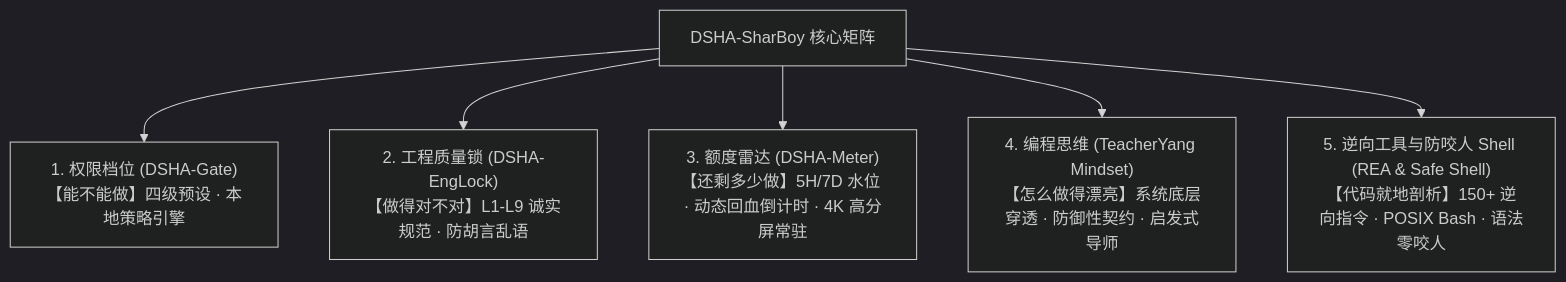
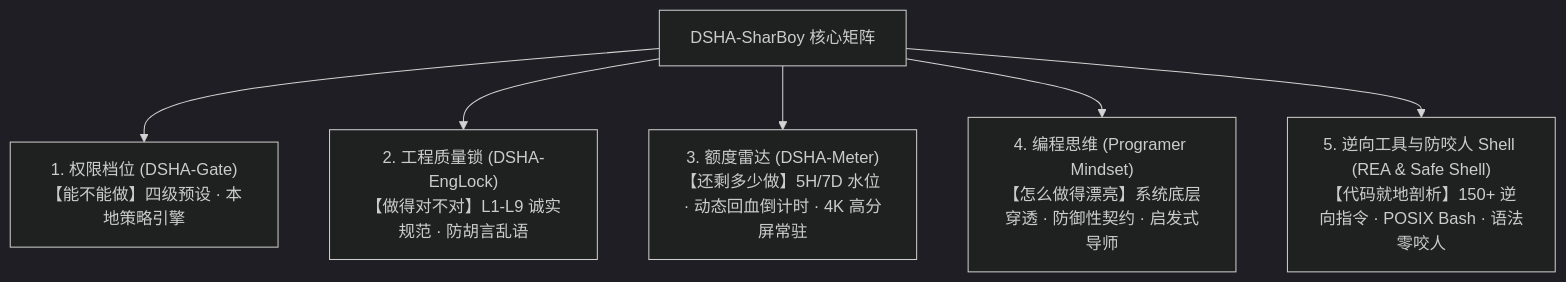
Before and after one commit to yanyu03/DSHA-Anty: the diagram in README.md, drawn with Mermaid (dark theme). The commit also changed other lines of this file and 11 other files, not shown here.

````diff
--- a/README.md
+++ b/README.md
@@ -10,8 +10,8 @@
 ```mermaid
 graph TD
     Root["DSHA-SharBoy 核心矩阵"] --> Gate["1. 权限档位 (DSHA-Gate)<br>【能不能做】四级预设 · 本地策略引擎"]
     Root --> Lock["2. 工程质量锁 (DSHA-EngLock)<br>【做得对不对】L1-L9 诚实规范 · 防胡言乱语"]
     Root --> Meter["3. 额度雷达 (DSHA-Meter)<br>【还剩多少做】5H/7D 水位 · 动态回血倒计时 · 4K 高分屏常驻"]
-    Root --> TY["4. 编程思维 (TeacherYang Mindset)<br>【怎么做得漂亮】系统底层穿透 · 防御性契约 · 启发式导师"]
+    Root --> TY["4. 编程思维 (Programer Mindset)<br>【怎么做得漂亮】系统底层穿透 · 防御性契约 · 启发式导师"]
     Root --> REA["5. 逆向工具与防咬人 Shell (REA & Safe Shell)<br>【代码就地剖析】150+ 逆向指令 · POSIX Bash · 语法零咬人"]
 ```
````
